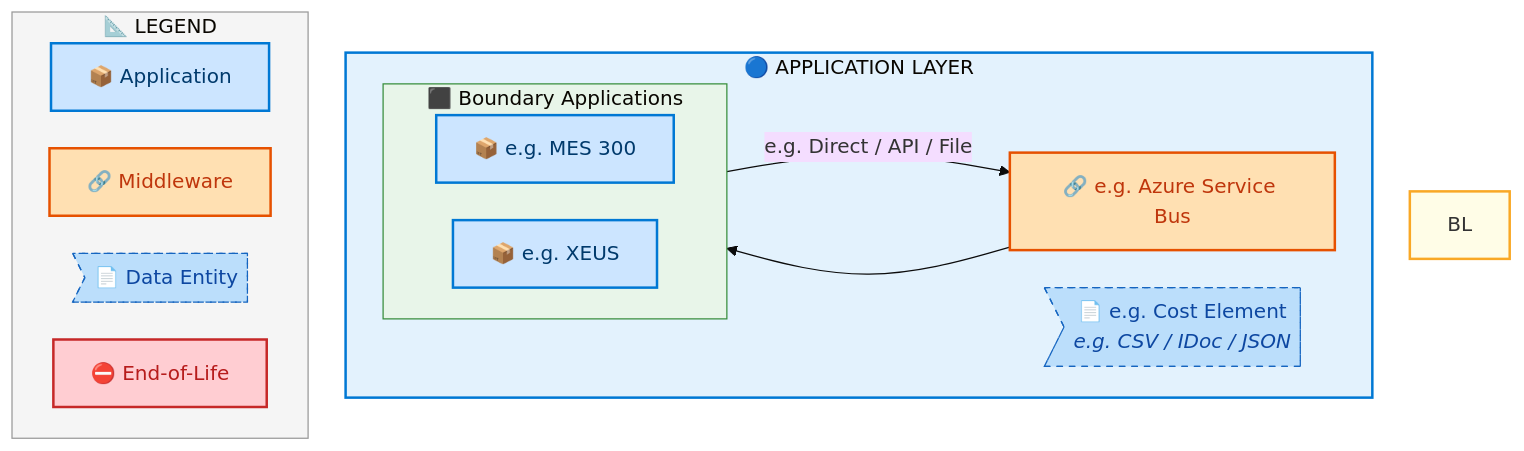
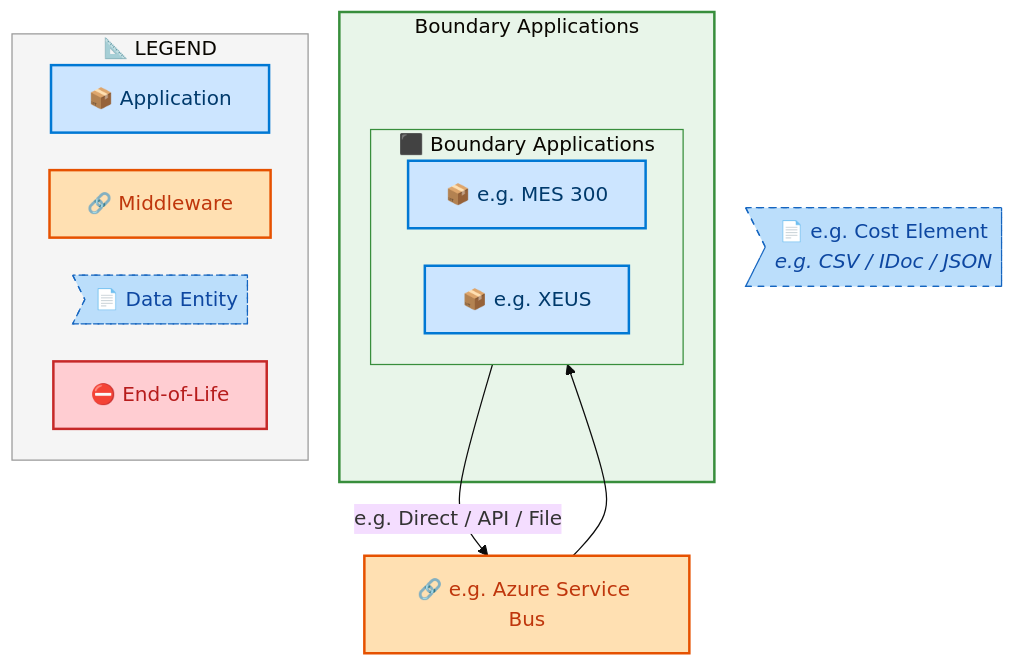
Diagram 13 of 16 in towers/E2E/Forecast to Stock/E2E-110/output/docs/systems-architecture/E2E-110-Architecture.md (sajivfrancis777/IAO-Architecture), drawn with Mermaid before and after one commit. The commit also changed other lines of this file and 106 other files, not shown here.

First line of the commit message:
feat: tier-grouped swim lane layout for architecture diagrams

````diff
--- a/towers/E2E/Forecast to Stock/E2E-110/output/docs/systems-architecture/E2E-110-Architecture.md
+++ b/towers/E2E/Forecast to Stock/E2E-110/output/docs/systems-architecture/E2E-110-Architecture.md
@@ -1792,41 +1792,40 @@
 ```mermaid
 %%{init: {"theme": "base", "securityLevel": "loose", "themeVariables": {"fontSize": "16px", "fontFamily": "Segoe UI, Arial, sans-serif"}, "flowchart": {"useMaxWidth": false, "htmlLabels": true, "nodeSpacing": 30, "rankSpacing": 35}} }%%
 flowchart TB
     %% -- ArchiMate 3.2 + Azure style classes --
     classDef business      fill:#FFFFB3,stroke:#F9A825,stroke-width:2px,color:#000
     classDef app           fill:#CCE5FF,stroke:#0078D4,stroke-width:2px,color:#003A6C
     classDef data          fill:#BBDEFB,stroke:#1565C0,stroke-width:1px,color:#0D47A1,stroke-dasharray: 5 5
     classDef middleware    fill:#FFE0B2,stroke:#E65100,stroke-width:2px,color:#BF360C
     classDef eol           fill:#FFCDD2,stroke:#C62828,stroke-width:2px,color:#B71C1C
     classDef saas          fill:#E1BEE7,stroke:#7B1FA2,stroke-width:2px,color:#4A148C
     classDef cloud         fill:#BBDEFB,stroke:#1565C0,stroke-width:2px,color:#0D47A1
     classDef onprem        fill:#C8E6C9,stroke:#2E7D32,stroke-width:2px,color:#1B5E20
 
-    subgraph AL["🔵 APPLICATION LAYER"]
+    subgraph E2E110CT_Boundary_Applications["Boundary Applications"]
         subgraph E2E110CLN_Boundary_Applications[" ⬛ Boundary Applications"]
             direction LR
             E2E110C_e_g_MES_300["📦 e.g. MES 300"]:::app
             E2E110C_e_g_XEUS["📦 e.g. XEUS"]:::app
         end
-        E2E110CMW_e_g_Azure_Service_Bus["🔗 e.g. Azure Service Bus"]:::middleware
-        E2E110CDE_e_g_Cost_Element>"📄 e.g. Cost Element<br/><i>e.g. CSV / IDoc / JSON</i>"]:::data
     end
+
+    E2E110CMW_e_g_Azure_Service_Bus["🔗 e.g. Azure Service Bus"]:::middleware
+    E2E110CDE_e_g_Cost_Element>"📄 e.g. Cost Element<br/><i>e.g. CSV / IDoc / JSON</i>"]:::data
 
     E2E110C_e_g_MES_300 -->|"e.g. Direct / API / File"| E2E110CMW_e_g_Azure_Service_Bus
     E2E110CMW_e_g_Azure_Service_Bus --> E2E110C_e_g_XEUS
 
 
-    style BL fill:#FFFDE7,stroke:#F9A825,stroke-width:2px
-    style AL fill:#E3F2FD,stroke:#0078D4,stroke-width:2px
-
+    style E2E110CT_Boundary_Applications fill:#E8F5E9,stroke:#388E3C,stroke-width:2px
     style E2E110CLN_Boundary_Applications fill:#E8F5E9,stroke:#388E3C,stroke-width:1px
 
     subgraph Legend["📐 LEGEND"]
         direction LR
         L_APP["📦 Application"]:::app
         L_MW["🔗 Middleware"]:::middleware
         L_DE>"📄 Data Entity"]:::data
         L_EOL["⛔ End-of-Life"]:::eol
     end
     style Legend fill:#F5F5F5,stroke:#999,stroke-width:1px
 ```
````
